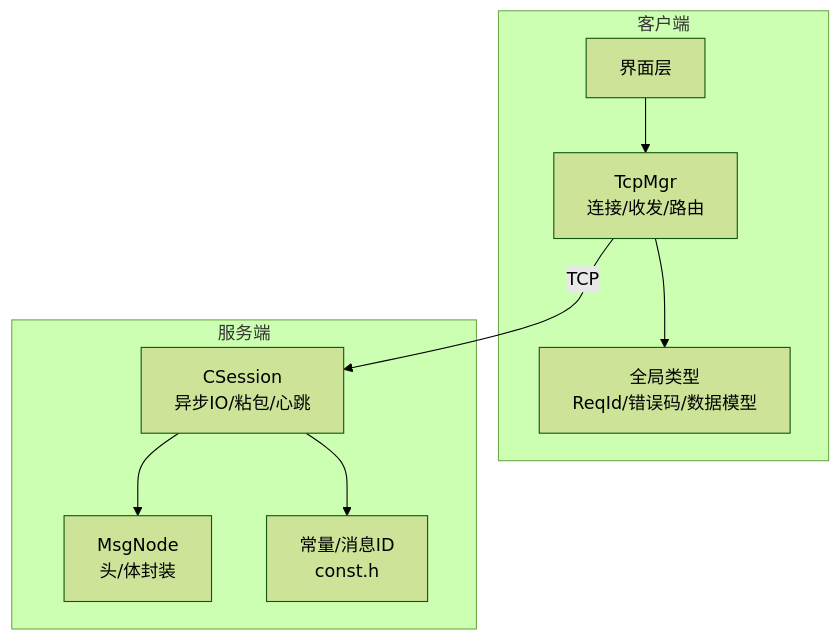
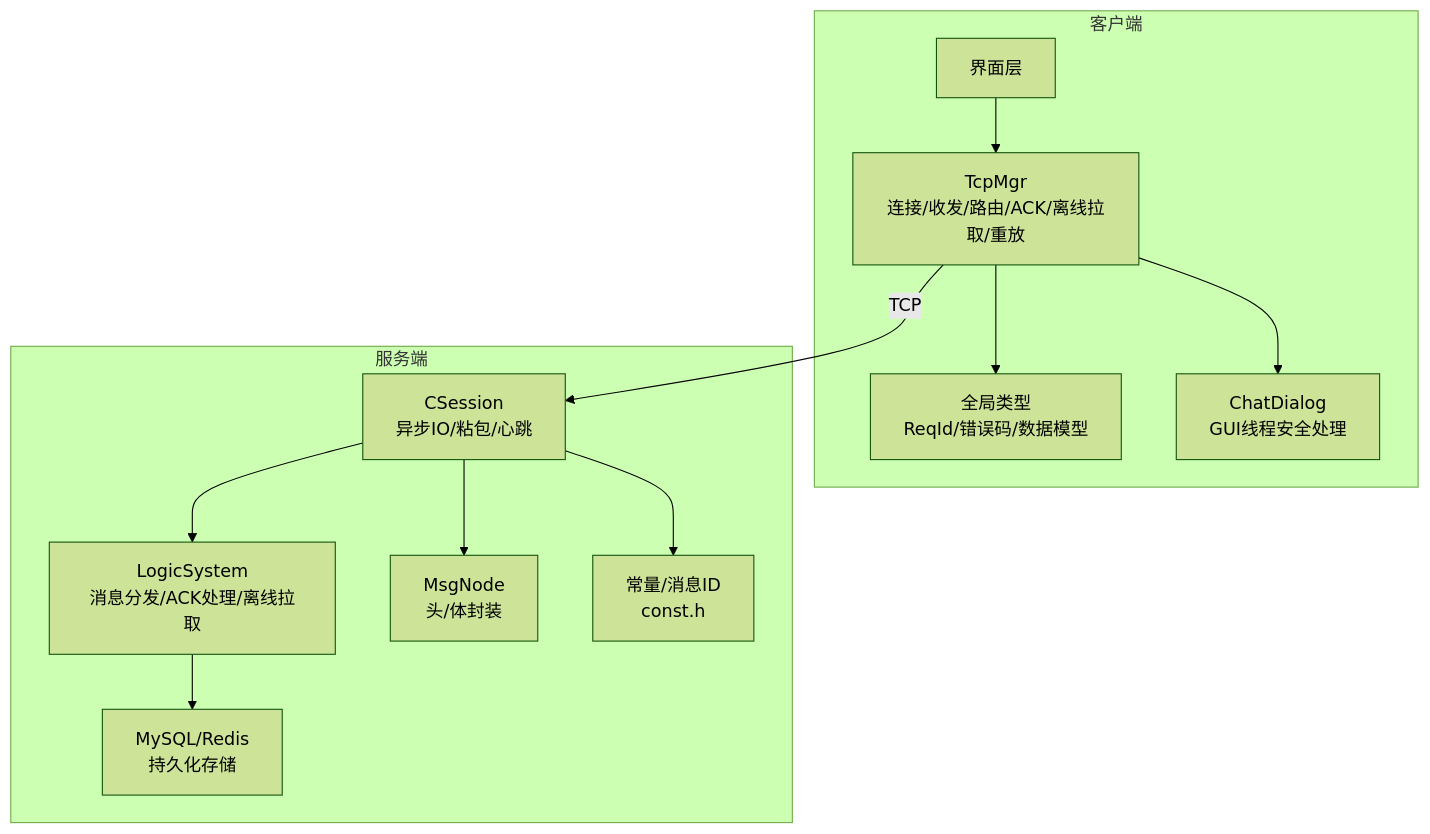
Before and after one commit to echo9923/mychatter: the first of 5 diagrams in .qoder/repowiki/zh/content/网络通信/TCP通信协议/TCP通信协议.md, drawn with Mermaid (forest theme). The commit also changed other lines of this file and 54 other files, not shown here.

````diff
--- a/.qoder/repowiki/zh/content/网络通信/TCP通信协议/TCP通信协议.md
+++ b/.qoder/repowiki/zh/content/网络通信/TCP通信协议/TCP通信协议.md
@@ -42,18 +57,24 @@
 ```mermaid
 graph TB
 subgraph "客户端"
 UI["界面层"]
-TM["TcpMgr<br/>连接/收发/路由"]
+TM["TcpMgr<br/>连接/收发/路由/ACK/离线拉取/重放"]
 GT["全局类型<br/>ReqId/错误码/数据模型"]
+CD["ChatDialog<br/>GUI线程安全处理"]
 end
 subgraph "服务端"
 CS["CSession<br/>异步IO/粘包/心跳"]
+LS["LogicSystem<br/>消息分发/ACK处理/离线拉取"]
 MN["MsgNode<br/>头/体封装"]
 CT["常量/消息ID<br/>const.h"]
+DB["MySQL/Redis<br/>持久化存储"]
 end
 UI --> TM
 TM --> |TCP| CS
+CS --> LS
+LS --> DB
+TM --> GT
+TM --> CD
 CS --> MN
-TM --> GT
 CS --> CT
 ```
````
